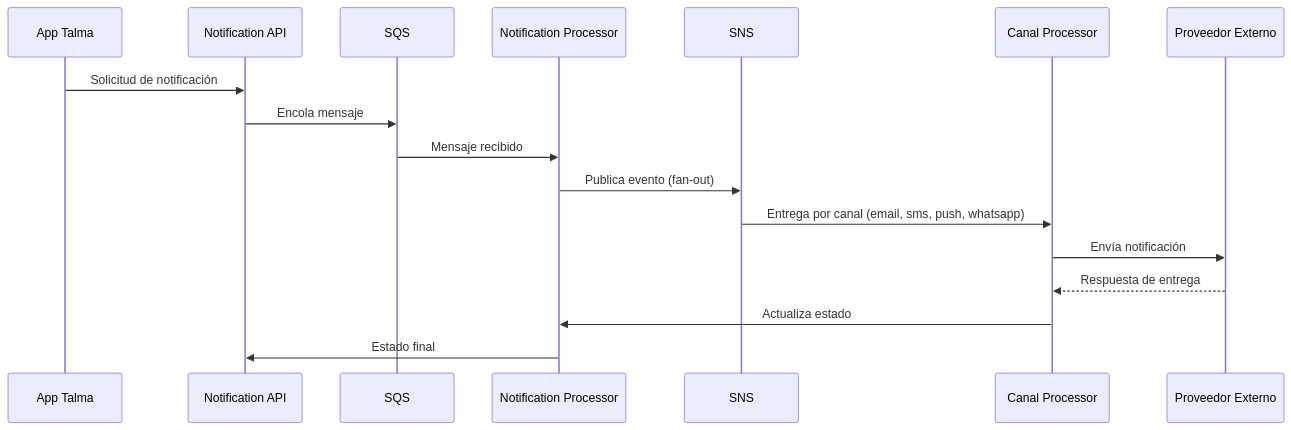
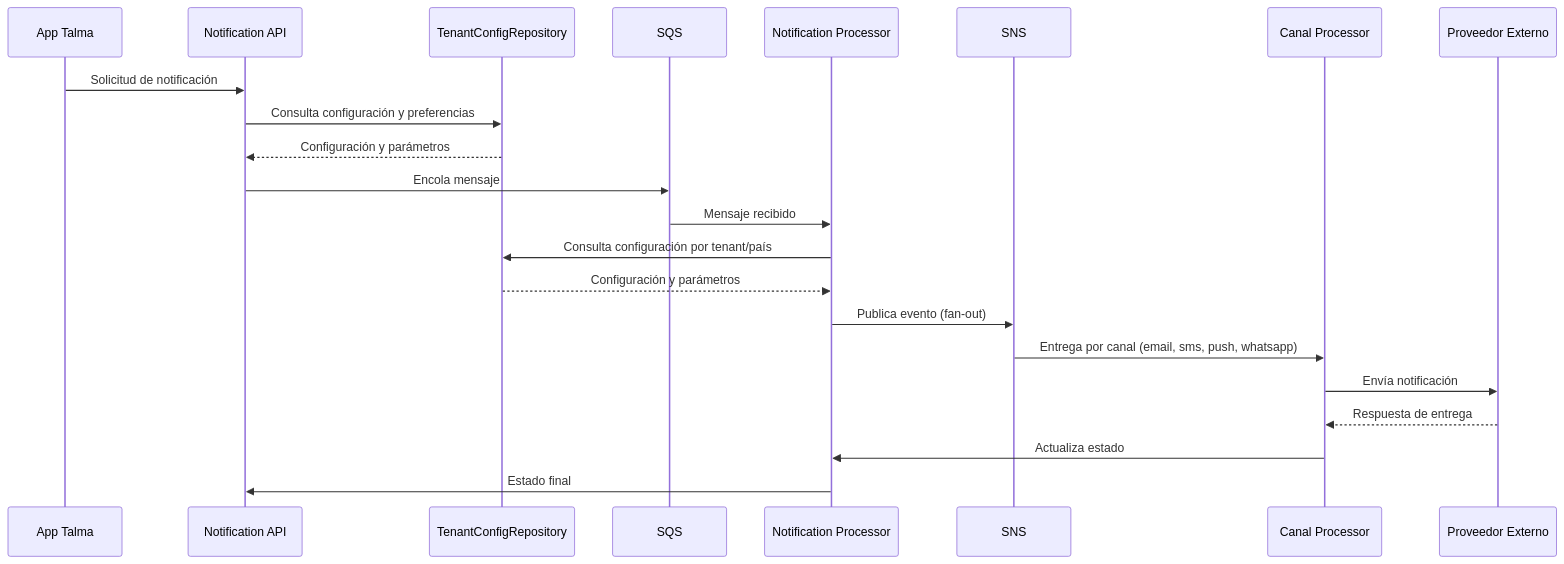
One commit to jclemente-tlm/tlm-arq-servicios-corporativos changed the third of 8 diagrams in docs/servicio-notificacion/arc42.md. Above: the diagram before and after it, drawn with Mermaid. The commit also changed other lines of this file and 23 other files, not shown here.

````diff
--- a/docs/servicio-notificacion/arc42.md
+++ b/docs/servicio-notificacion/arc42.md
@@ -402,19 +408,24 @@
 ```mermaid
 sequenceDiagram
     participant App as App Talma
     participant API as Notification API
+    participant TenantCfg as TenantConfigRepository
     participant SQS as SQS
     participant Proc as Notification Processor
     participant SNS as SNS
     participant Canal as Canal Processor
     participant Prov as Proveedor Externo
     App->>API: Solicitud de notificación
+    API->>TenantCfg: Consulta configuración y preferencias
+    TenantCfg-->>API: Configuración y parámetros
     API->>SQS: Encola mensaje
     SQS->>Proc: Mensaje recibido
+    Proc->>TenantCfg: Consulta configuración por tenant/país
+    TenantCfg-->>Proc: Configuración y parámetros
     Proc->>SNS: Publica evento (fan-out)
     SNS->>Canal: Entrega por canal (email, sms, push, whatsapp)
     Canal->>Prov: Envía notificación
     Prov-->>Canal: Respuesta de entrega
     Canal->>Proc: Actualiza estado
     Proc->>API: Estado final
 ```
````
